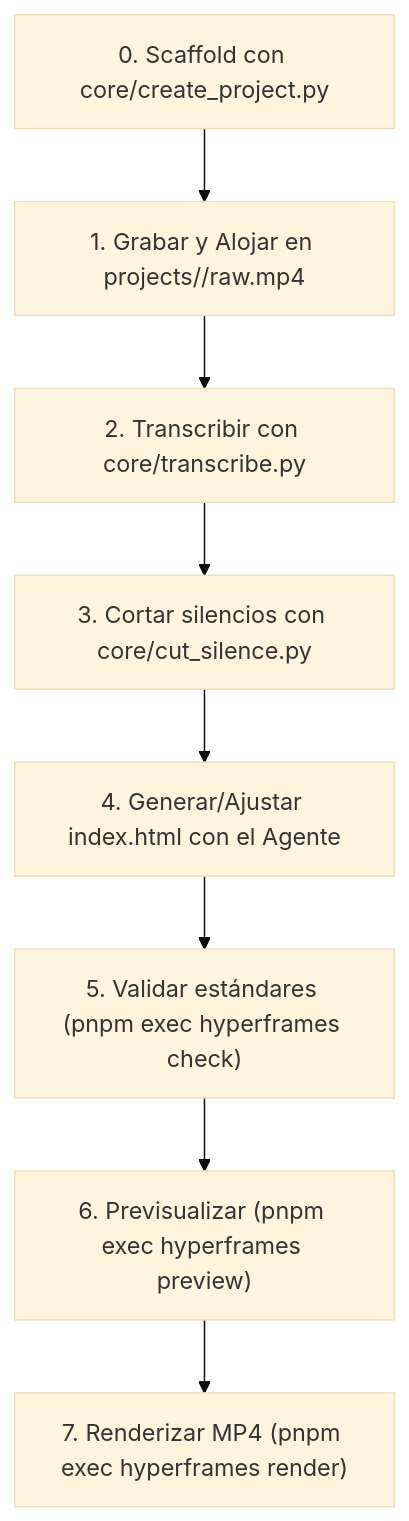
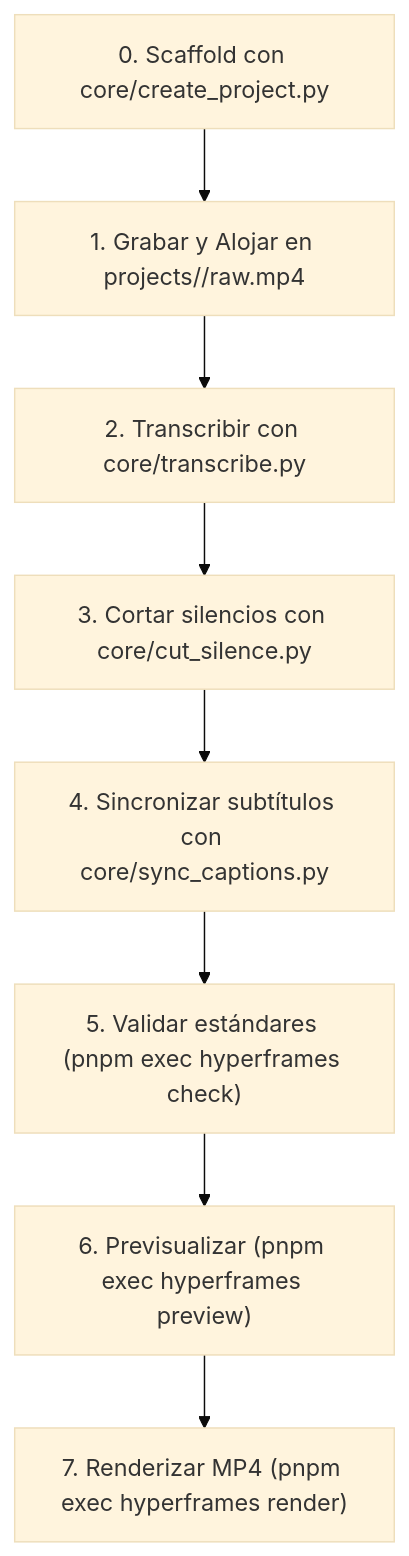
The diagram in docs/05-guia-operativa-y-flujos.md (JorgeDoicela/video-pipeline), drawn with Mermaid (base theme) before and after one commit. The commit also changed other lines of this file and 35 other files, not shown here.

````diff
--- a/docs/05-guia-operativa-y-flujos.md
+++ b/docs/05-guia-operativa-y-flujos.md
@@ -11,10 +36,10 @@
 ```mermaid
 flowchart TD
     S0["0. Scaffold con core/create_project.py"] --> S1["1. Grabar y Alojar en projects/<slug>/raw.mp4"]
     S1 --> S2["2. Transcribir con core/transcribe.py"]
     S2 --> S3["3. Cortar silencios con core/cut_silence.py"]
-    S3 --> S4["4. Generar/Ajustar index.html con el Agente"]
+    S3 --> S4["4. Sincronizar subtítulos con core/sync_captions.py"]
     S4 --> S5["5. Validar estándares (pnpm exec hyperframes check)"]
     S5 --> S6["6. Previsualizar (pnpm exec hyperframes preview)"]
     S6 --> S7["7. Renderizar MP4 (pnpm exec hyperframes render)"]
 ```
````
